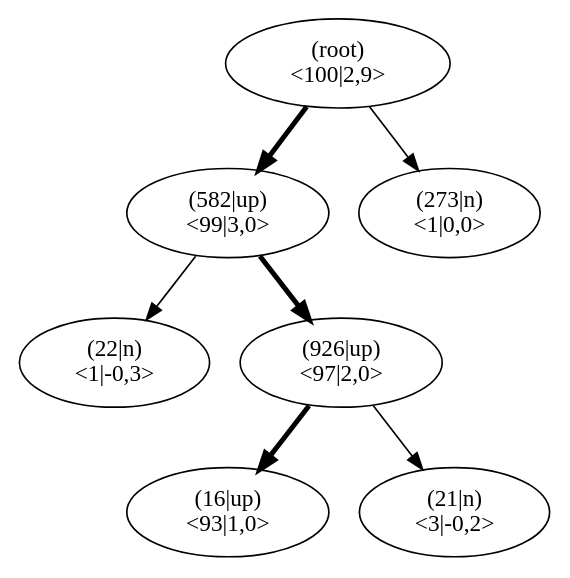
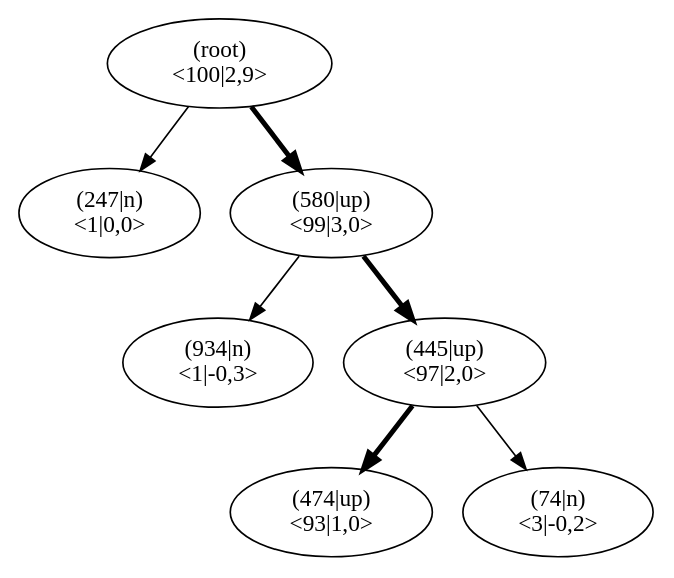
The diagram in pictures/ch13/jumper_test_mcts.dot (JonasHellgren/relexp-java), drawn with Graphviz before and after one commit. The commit also changed 39 other files, not shown here.

```diff
--- a/pictures/ch13/jumper_test_mcts.dot
+++ b/pictures/ch13/jumper_test_mcts.dot
@@ -1,23 +1,23 @@
 digraph MCTS {
 node [shape=ellipse];
 Nroot [label="(root)
 <100|2,9>"];
-Nroot -> N582[penwidth=3];
-N582 [label="(582|up)
+Nroot -> N247[penwidth=1];
+N247 [label="(247|n)
+<1|0,0>"];
+Nroot -> N580[penwidth=3];
+N580 [label="(580|up)
 <99|3,0>"];
-N582 -> N22[penwidth=1];
-N22 [label="(22|n)
+N580 -> N934[penwidth=1];
+N934 [label="(934|n)
 <1|-0,3>"];
-N582 -> N926[penwidth=3];
-N926 [label="(926|up)
+N580 -> N445[penwidth=3];
+N445 [label="(445|up)
 <97|2,0>"];
-N926 -> N16[penwidth=3];
-N16 [label="(16|up)
+N445 -> N474[penwidth=3];
+N474 [label="(474|up)
 <93|1,0>"];
-N926 -> N21[penwidth=1];
-N21 [label="(21|n)
+N445 -> N74[penwidth=1];
+N74 [label="(74|n)
 <3|-0,2>"];
-Nroot -> N273[penwidth=1];
-N273 [label="(273|n)
-<1|0,0>"];
 }
```
